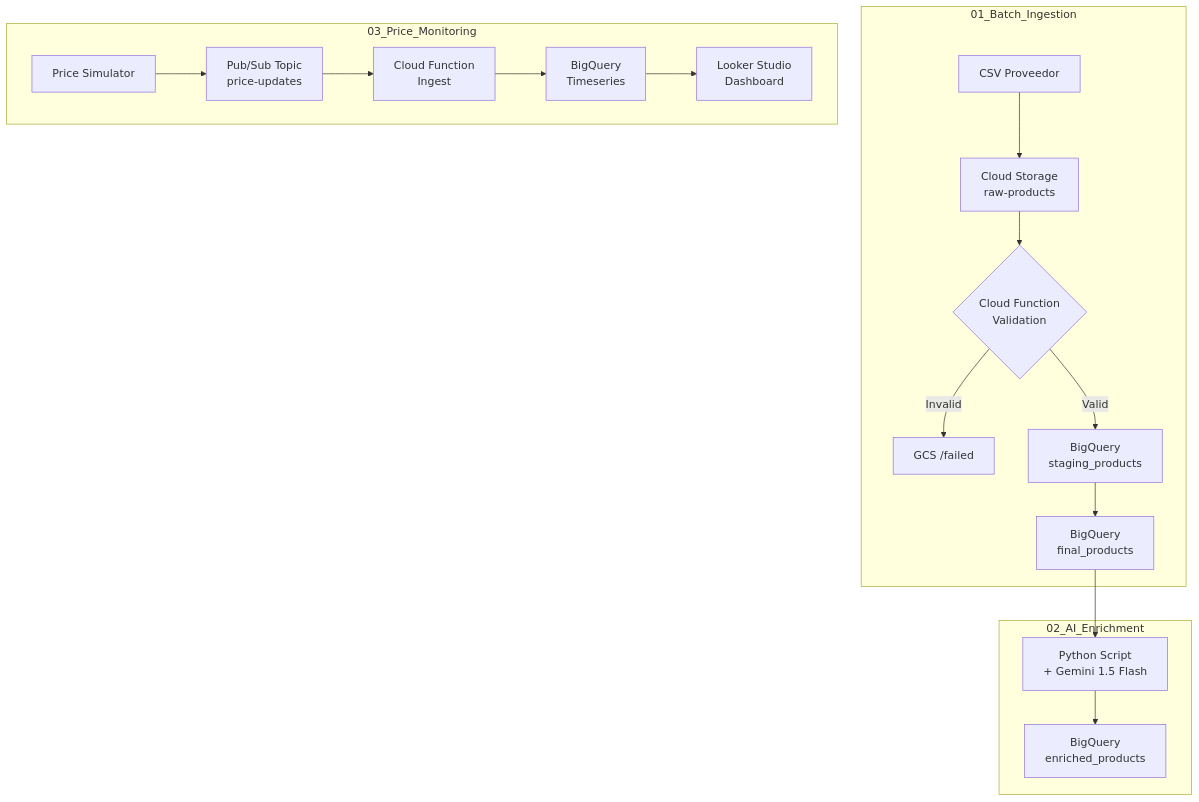
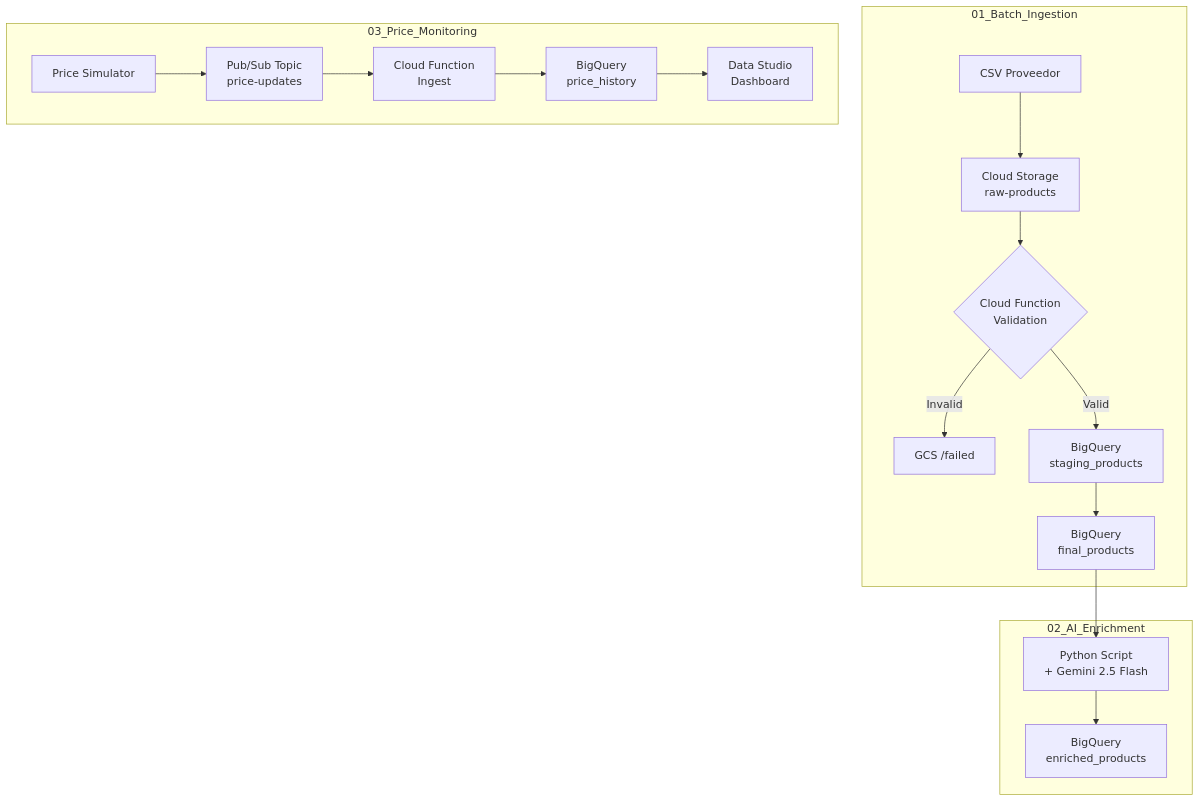
Before and after one commit to Pulpoide/gcp-ecommerce-data-intelligence: the diagram in README.md, drawn with Mermaid. The commit also changed other lines of this file, not shown here.

Commit message:
docs: complete README with all modules, architecture decisions, and scalability section

````diff
--- a/README.md
+++ b/README.md
@@ -15,22 +21,22 @@
 ```mermaid
 graph TD
     subgraph 01_Batch_Ingestion
         A[CSV Proveedor] --> B[Cloud Storage\n raw-products]
         B --> C{Cloud Function\nValidation}
         C -- Invalid --> D[GCS /failed]
         C -- Valid --> E[BigQuery\nstaging_products]
         E --> F[BigQuery\nfinal_products]
     end
 
     subgraph 02_AI_Enrichment
-        F --> G[Python Script\n+ Gemini 1.5 Flash]
+        F --> G[Python Script\n+ Gemini 2.5 Flash]
         G --> H[BigQuery\nenriched_products]
     end
 
     subgraph 03_Price_Monitoring
         I[Price Simulator] --> J[Pub/Sub Topic\nprice-updates]
         J --> K[Cloud Function\nIngest]
-        K --> L[BigQuery\nTimeseries]
-        L --> M[Looker Studio\nDashboard]
+        K --> L[BigQuery\nprice_history]
+        L --> M[Data Studio\nDashboard]
     end
 ```
````
